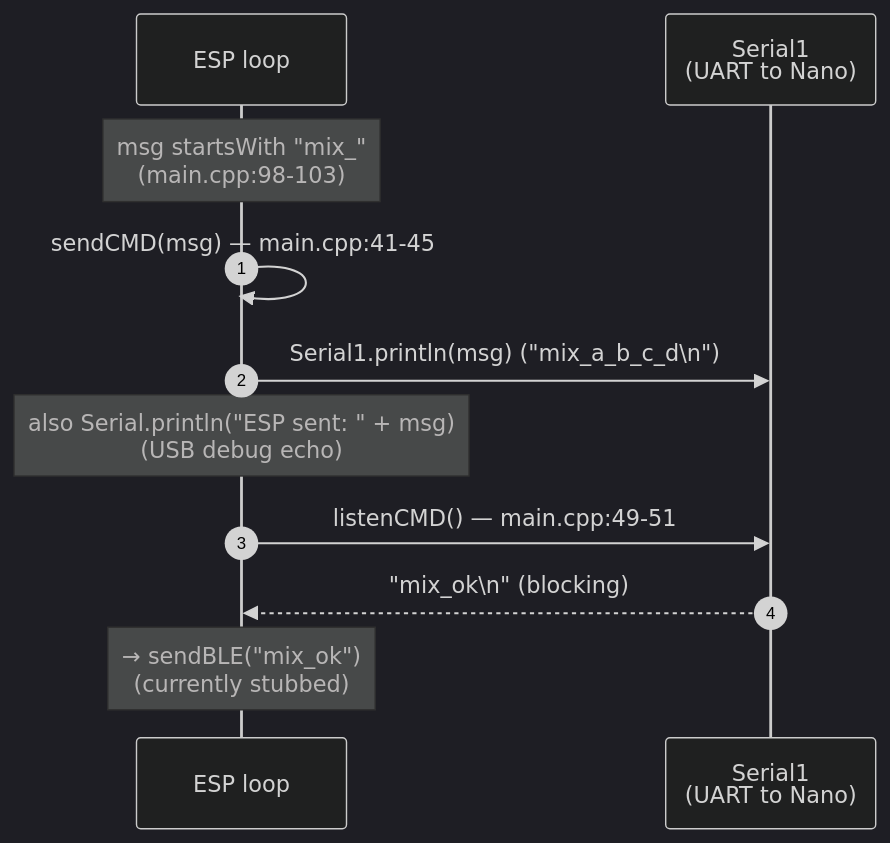
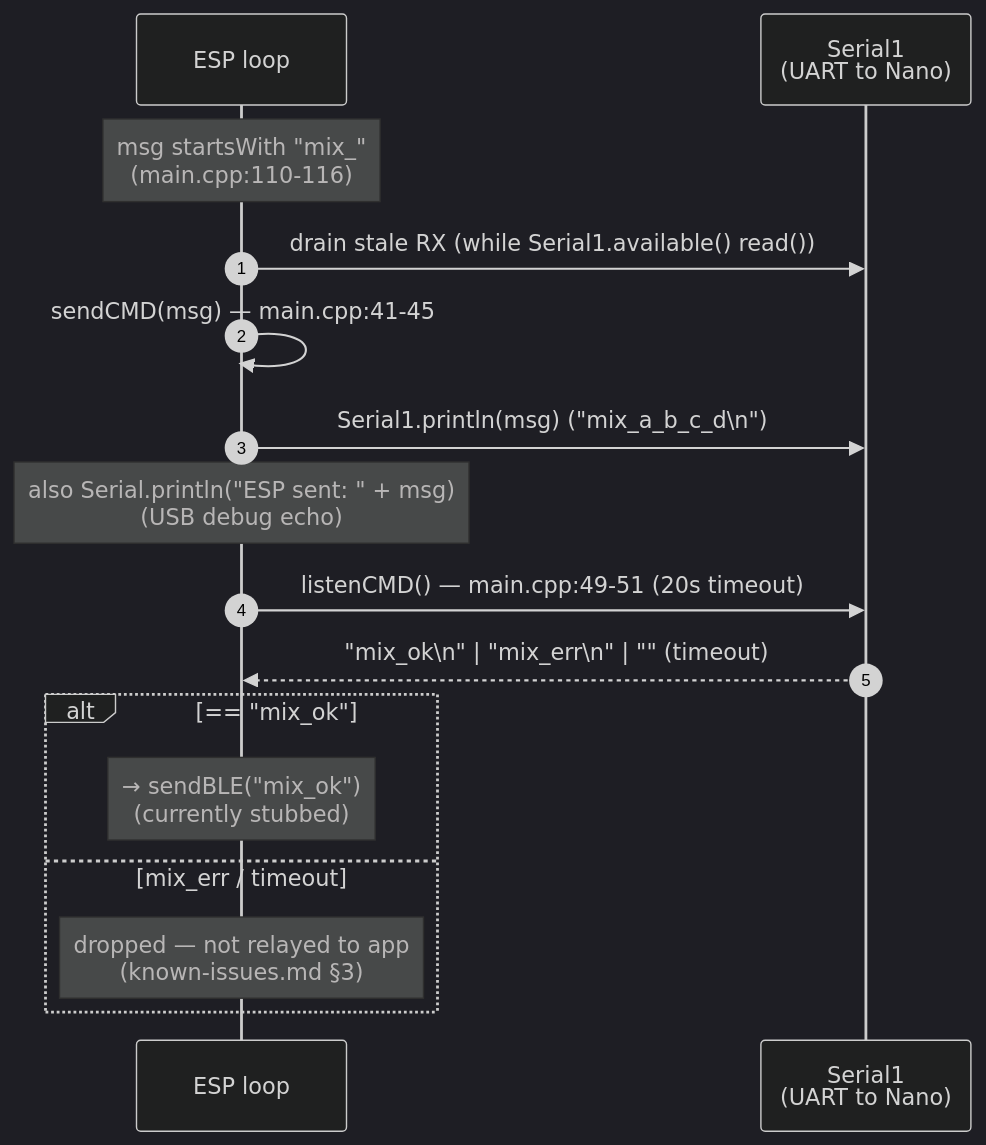
Before and after one commit to Hubert005/IoT_Projekt: the fourth of 4 diagrams in docs/esp32-c3/sequence-diagrams.md, drawn with Mermaid (dark theme). The commit also changed other lines of this file and 19 other files, not shown here.

````diff
--- a/docs/esp32-c3/sequence-diagrams.md
+++ b/docs/esp32-c3/sequence-diagrams.md
@@ -78,13 +84,18 @@
 ```mermaid
 sequenceDiagram
     autonumber
     participant ESP as ESP loop
     participant S1 as Serial1<br/>(UART to Nano)
-    Note over ESP: msg startsWith "mix_"<br/>(main.cpp:98-103)
+    Note over ESP: msg startsWith "mix_"<br/>(main.cpp:110-116)
+    ESP->>S1: drain stale RX (while Serial1.available() read())
     ESP->>ESP: sendCMD(msg) — main.cpp:41-45
     ESP->>S1: Serial1.println(msg)  ("mix_a_b_c_d\n")
     Note over ESP: also Serial.println("ESP sent: " + msg)<br/>(USB debug echo)
-    ESP->>S1: listenCMD() — main.cpp:49-51
-    S1-->>ESP: "mix_ok\n" (blocking)
-    Note over ESP: → sendBLE("mix_ok")<br/>(currently stubbed)
+    ESP->>S1: listenCMD() — main.cpp:49-51 (20s timeout)
+    S1-->>ESP: "mix_ok\n" | "mix_err\n" | "" (timeout)
+    alt == "mix_ok"
+        Note over ESP: → sendBLE("mix_ok")<br/>(currently stubbed)
+    else mix_err / timeout
+        Note over ESP: dropped — not relayed to app<br/>(known-issues.md §3)
+    end
 ```
````
